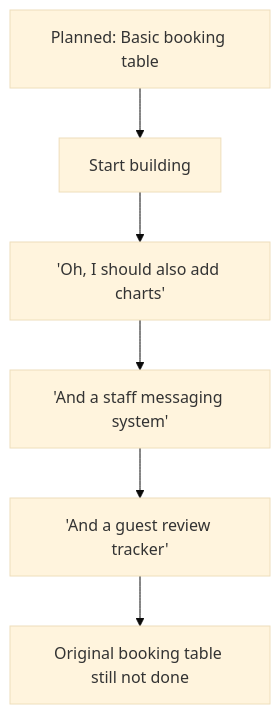
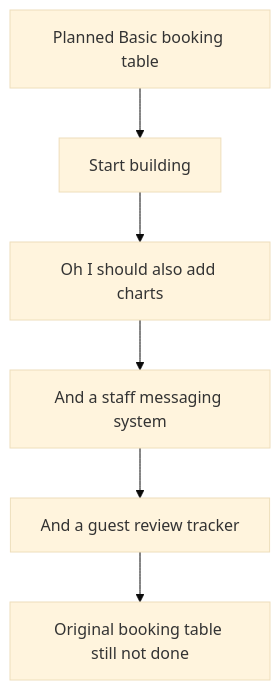
One commit to wongjinar-ai/expample changed the fifth of 6 diagrams in learning/04-project-management.md. Above: the diagram before and after it, drawn with Mermaid (base theme). The commit also changed other lines of this file and 16 other files, not shown here.

````diff
--- a/learning/04-project-management.md
+++ b/learning/04-project-management.md
@@ -139,9 +139,9 @@
 ```mermaid
 flowchart TD
-    Plan["Planned: Basic booking table"]
-    Plan --> Start["Start building"]
-    Start --> Idea1["'Oh, I should also add charts'"]
-    Idea1 --> Idea2["'And a staff messaging system'"]
-    Idea2 --> Idea3["'And a guest review tracker'"]
-    Idea3 --> Never["Original booking table still not done"]
+    Plan[Planned Basic booking table]
+    Plan --> Start[Start building]
+    Start --> Idea1[Oh I should also add charts]
+    Idea1 --> Idea2[And a staff messaging system]
+    Idea2 --> Idea3[And a guest review tracker]
+    Idea3 --> Never[Original booking table still not done]
 ```
````
